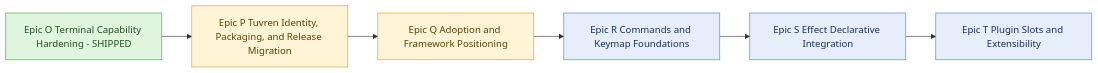
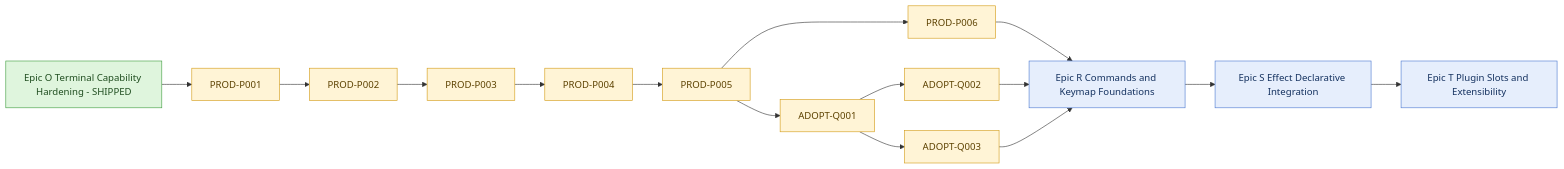
The diagram in docs/Tasks.md (Tuvren/tuvren-tui), drawn with Mermaid before and after one commit. The commit also changed other lines of this file and 4 other files, not shown here.

Commit message:
Tighten the roadmap guidance and execution graph

````diff
--- a/docs/Tasks.md
+++ b/docs/Tasks.md
@@ -61,22 +61,38 @@
 ```mermaid
 flowchart LR
     O[Epic O Terminal Capability Hardening - SHIPPED]:::done
-    P[Epic P Tuvren Identity, Packaging, and Release Migration]:::active
-    Q[Epic Q Adoption and Framework Positioning]:::active
+    P1[PROD-P001]:::active
+    P2[PROD-P002]:::active
+    P3[PROD-P003]:::active
+    P4[PROD-P004]:::active
+    P5[PROD-P005]:::active
+    P6[PROD-P006]:::active
+    Q1[ADOPT-Q001]:::active
+    Q2[ADOPT-Q002]:::active
+    Q3[ADOPT-Q003]:::active
     R[Epic R Commands and Keymap Foundations]:::future
     S[Epic S Effect Declarative Integration]:::future
     T[Epic T Plugin Slots and Extensibility]:::future
 
-    O --> P
-    P --> Q
-    Q --> R
+    O --> P1
+    P1 --> P2
+    P2 --> P3
+    P3 --> P4
+    P4 --> P5
+    P5 --> P6
+    P5 --> Q1
+    Q1 --> Q2
+    Q1 --> Q3
+    P6 --> R
+    Q2 --> R
+    Q3 --> R
     R --> S
     S --> T
 
     class O done;
-    class P,Q active;
+    class P1,P2,P3,P4,P5,P6,Q1,Q2,Q3 active;
     class R,S,T future;
     classDef done fill:#dff5dd,stroke:#3f9d3f,color:#1f4d1f;
     classDef active fill:#fff4d6,stroke:#d39b14,color:#5c4100;
     classDef future fill:#e6eefc,stroke:#4c78d0,color:#14315f;
 ```
````
